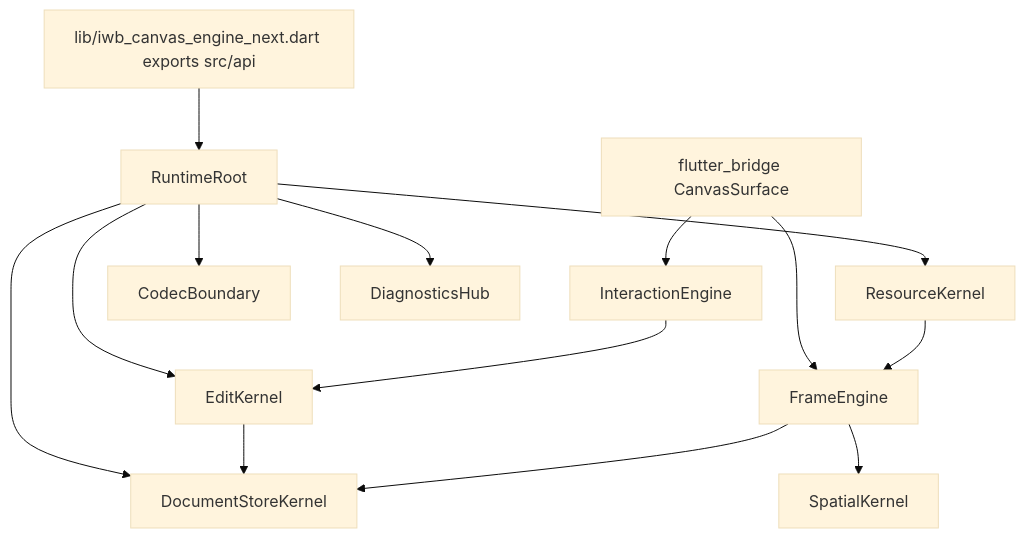
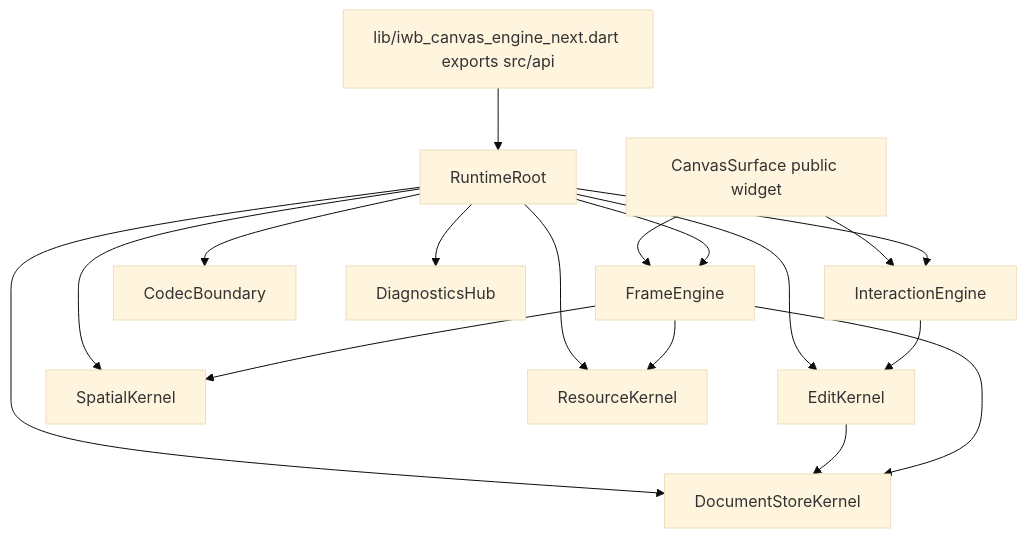
One commit to GreatPika/iwb_canvas_engine changed the second of 2 diagrams in next/iwb_canvas_engine_next/docs/architecture/diagrams.md. Above: the diagram before and after it, drawn with Mermaid (base theme). The commit also changed other lines of this file and 12 other files, not shown here.

First line of the commit message:
docs: align next engine diagrams with contracts

````diff
--- a/next/iwb_canvas_engine_next/docs/architecture/diagrams.md
+++ b/next/iwb_canvas_engine_next/docs/architecture/diagrams.md
@@ -88,16 +89,19 @@
 ```mermaid
 flowchart TB
   Public[lib/iwb_canvas_engine_next.dart exports src/api] --> RuntimeRoot
-  Surface[flutter_bridge CanvasSurface] --> FrameEngine
+  Surface[CanvasSurface public widget] --> FrameEngine
   Surface --> InteractionEngine
   RuntimeRoot --> Store[DocumentStoreKernel]
   RuntimeRoot --> Edit[EditKernel]
+  RuntimeRoot --> InteractionEngine
+  RuntimeRoot --> FrameEngine
+  RuntimeRoot --> Spatial[SpatialKernel]
   RuntimeRoot --> Resource[ResourceKernel]
   RuntimeRoot --> Codec[CodecBoundary]
   RuntimeRoot --> Diagnostics[DiagnosticsHub]
   Edit --> Store
   FrameEngine --> Store
-  FrameEngine --> Spatial[SpatialKernel]
+  FrameEngine --> Spatial
+  FrameEngine --> Resource
   InteractionEngine --> Edit
-  Resource --> FrameEngine
 ```
````
